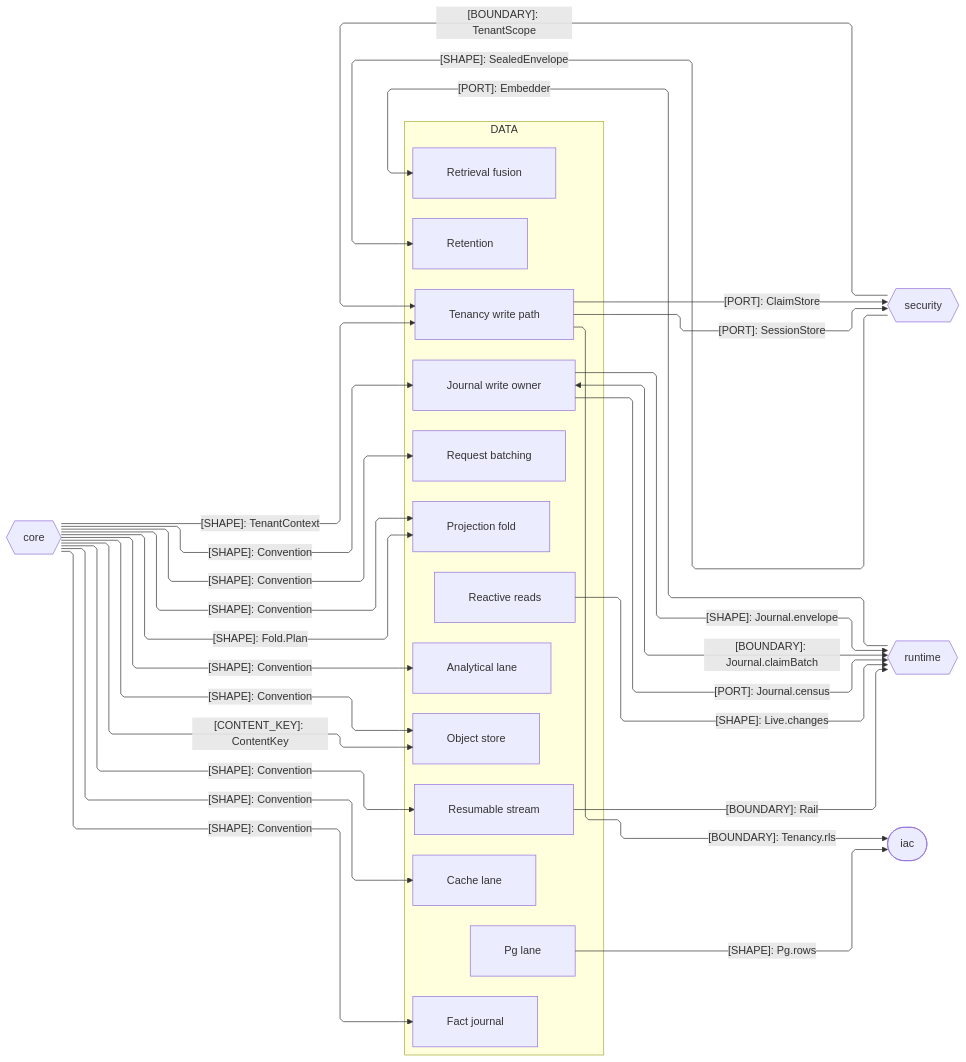
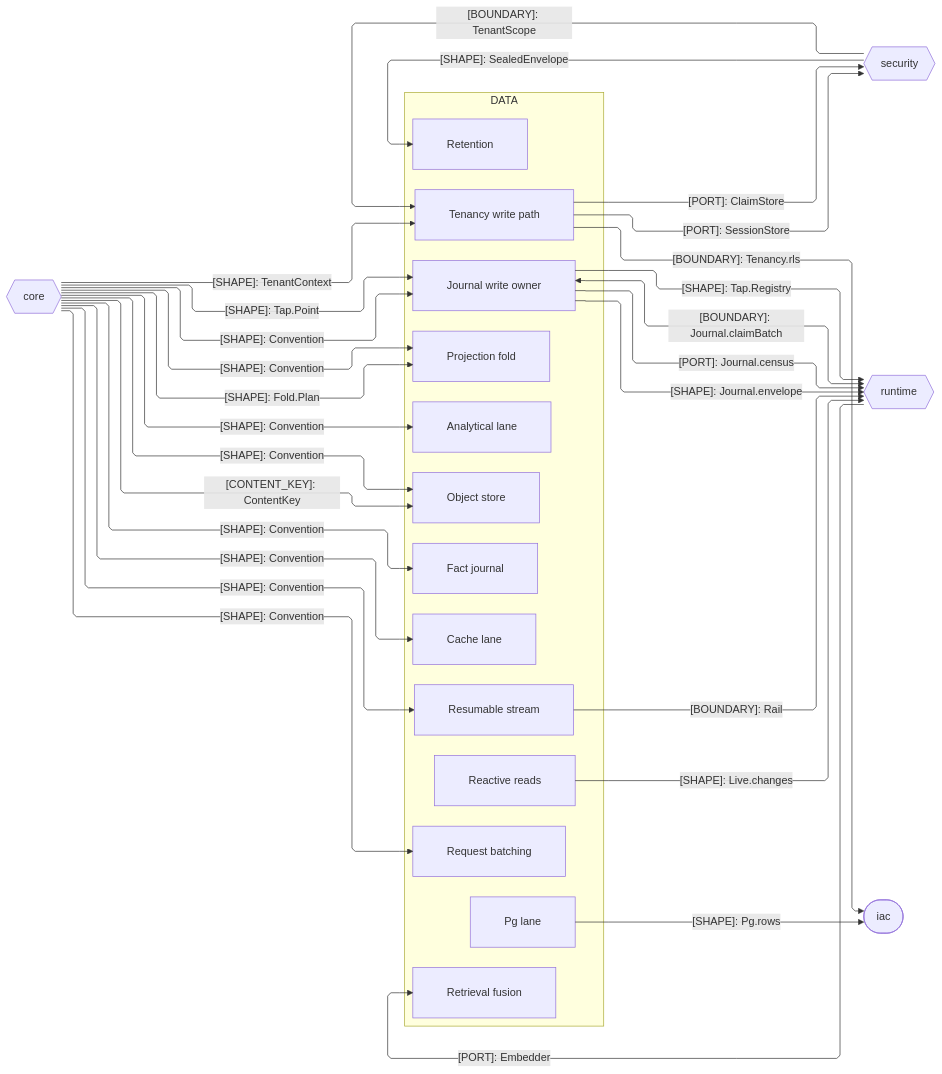
Before and after one commit to bsamiee/Rasm: the second of 2 diagrams in libs/typescript/data/ARCHITECTURE.md, drawn with Mermaid. The commit also changed other lines of this file and 124 other files, not shown here.

First line of the commit message:
planning registries: ARCHITECTURE/README/IDEAS/TASKLOG/RULINGS + csproj, campaign-method, CLAUDE.md

````diff
--- a/libs/typescript/data/ARCHITECTURE.md
+++ b/libs/typescript/data/ARCHITECTURE.md
@@ -99,54 +99,56 @@
 ```mermaid
 ---
 config:
   layout: elk
   flowchart:
     curve: linear
     padding: 25
 ---
 flowchart LR
     accTitle: Data package seam registry
     accDescr: Data sub-domain owners exchanging content keys, tenancy, custody, reactive shapes, Convention instrument vocabulary, and the CloudEvents envelope with the core, security, runtime, and IaC packages, edge rails colored by kind and nodes classed by seam direction.
     subgraph data[DATA]
         Fold[Projection fold]
         Store[Object store]
         Tenant[Tenancy write path]
         Retain[Retention]
         Append[Journal write owner]
         Live[Reactive reads]
         Stream[Resumable stream]
         Search[Retrieval fusion]
         Postgres[Pg lane]
         Fact[Fact journal]
         Batch[Request batching]
         Cache[Cache lane]
         Olap[Analytical lane]
     end
     Core{{core}}
     Security{{security}}
     Runtime{{runtime}}
     Iac([iac])
     Core e1@-->|"[SHAPE]: Fold.Plan"| Fold
     Core e2@-->|"[CONTENT_KEY]: ContentKey"| Store
     Core e3@-->|"[SHAPE]: TenantContext"| Tenant
     Tenant e4@-->|"[PORT]: SessionStore"| Security
     Security e5@-->|"[BOUNDARY]: TenantScope"| Tenant
     Security e6@-->|"[SHAPE]: SealedEnvelope"| Retain
     Append e7@<-->|"[BOUNDARY]: Journal.claimBatch"| Runtime
     Live e8@-->|"[SHAPE]: Live.changes"| Runtime
     Stream e9@-->|"[BOUNDARY]: Rail"| Runtime
     Runtime e10@-->|"[PORT]: Embedder"| Search
     Postgres e11@-->|"[SHAPE]: Pg.rows"| Iac
     Tenant e12@-->|"[BOUNDARY]: Tenancy.rls"| Iac
     Core e13@-->|"[SHAPE]: Convention"| Append
     Core e14@-->|"[SHAPE]: Convention"| Fold
     Append e15@-->|"[PORT]: Journal.census"| Runtime
     Tenant e16@-->|"[PORT]: ClaimStore"| Security
     Core e17@-->|"[SHAPE]: Convention"| Fact
     Core e18@-->|"[SHAPE]: Convention"| Batch
     Core e19@-->|"[SHAPE]: Convention"| Store
     Core e20@-->|"[SHAPE]: Convention"| Stream
     Core e21@-->|"[SHAPE]: Convention"| Cache
     Core e22@-->|"[SHAPE]: Convention"| Olap
     Append e23@-->|"[SHAPE]: Journal.envelope"| Runtime
+    Core e24@-->|"[SHAPE]: Tap.Point"| Append
+    Append e25@-->|"[SHAPE]: Tap.Registry"| Runtime
 ```
````
